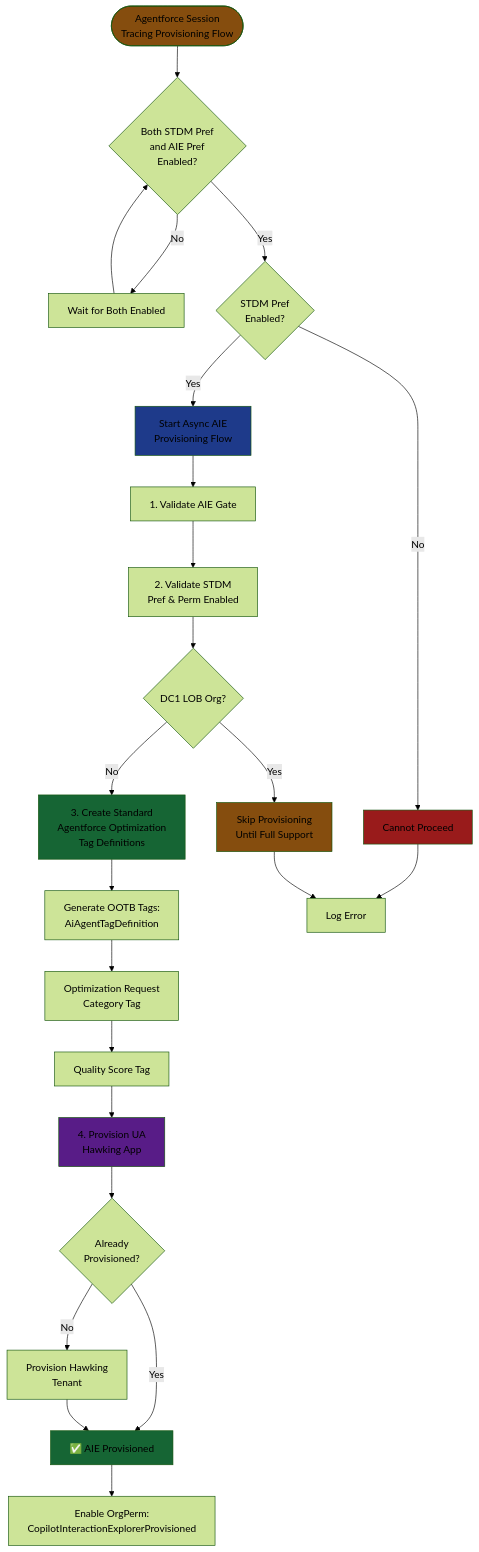
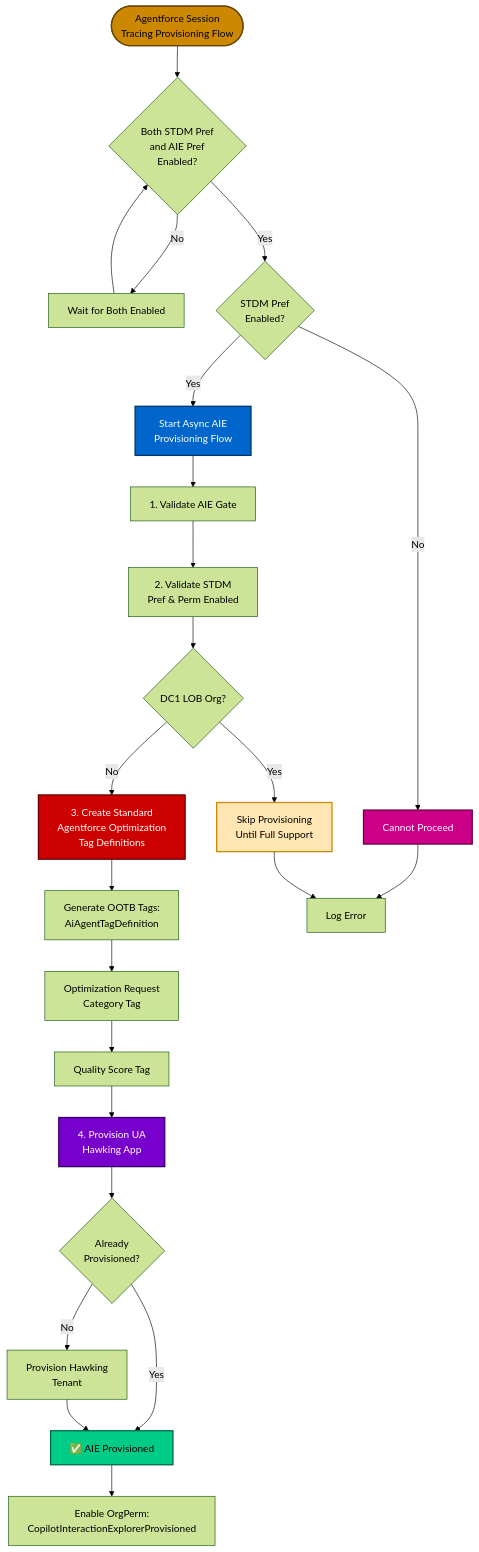
One commit to arupsarkar-sfdc/Misc changed the eighth of 11 diagrams in agentforce/observability/README_Agentforce_Observability_System_Architecture.md. Above: the diagram before and after it, drawn with Mermaid (forest theme). The commit also changed other lines of this file, not shown here.

Commit message:
Updated color scheme of all diagrams

````diff
--- a/agentforce/observability/README_Agentforce_Observability_System_Architecture.md
+++ b/agentforce/observability/README_Agentforce_Observability_System_Architecture.md
@@ -742,41 +742,41 @@
 ```mermaid
 graph TD
     START([Agentforce Session<br/>Tracing Provisioning Flow]) --> CHECK1{Both STDM Pref<br/>and AIE Pref<br/>Enabled?}
     
     CHECK1 -->|No| WAIT[Wait for Both Enabled]
     WAIT --> CHECK1
     
     CHECK1 -->|Yes| CHECK2{STDM Pref<br/>Enabled?}
     CHECK2 -->|No| FAIL1[Cannot Proceed]
     
     CHECK2 -->|Yes| ASYNC[Start Async AIE<br/>Provisioning Flow]
     
     ASYNC --> V1[1. Validate AIE Gate]
     V1 --> V2[2. Validate STDM<br/>Pref & Perm Enabled]
     V2 --> V3{DC1 LOB Org?}
     V3 -->|Yes| SKIP[Skip Provisioning<br/>Until Full Support]
     V3 -->|No| CREATE
     
     CREATE[3. Create Standard<br/>Agentforce Optimization<br/>Tag Definitions] --> TAG1[Generate OOTB Tags:<br/>AiAgentTagDefinition]
     TAG1 --> TAG2[Optimization Request<br/>Category Tag]
     TAG2 --> TAG3[Quality Score Tag]
     TAG3 --> HAWK
     
     HAWK[4. Provision UA<br/>Hawking App] --> HAWK1{Already<br/>Provisioned?}
     HAWK1 -->|Yes| SUCCESS
     HAWK1 -->|No| HAWK2[Provision Hawking<br/>Tenant]
     HAWK2 --> SUCCESS
     
     SUCCESS[✅ AIE Provisioned] --> PERM[Enable OrgPerm:<br/>CopilotInteractionExplorerProvisioned]
     
     FAIL1 --> LOG[Log Error]
     SKIP --> LOG
     
-    style START fill:#854d0e
-    style ASYNC fill:#1e3a8a
-    style CREATE fill:#166534
-    style HAWK fill:#581c87
-    style SUCCESS fill:#166534
-    style FAIL1 fill:#991b1b
-    style SKIP fill:#854d0e
+    style START fill:#CC8800,stroke:#664400,stroke-width:2px,color:#000
+    style ASYNC fill:#0066CC,stroke:#003366,stroke-width:2px,color:#FFF
+    style CREATE fill:#CC0000,stroke:#660000,stroke-width:2px,color:#FFF
+    style HAWK fill:#7700CC,stroke:#330066,stroke-width:2px,color:#FFF
+    style SUCCESS fill:#00CC88,stroke:#006644,stroke-width:2px,color:#000
+    style FAIL1 fill:#CC0088,stroke:#660044,stroke-width:2px,color:#FFF
+    style SKIP fill:#FFE6B3,stroke:#CC8800,stroke-width:2px,color:#000
 ```
````
